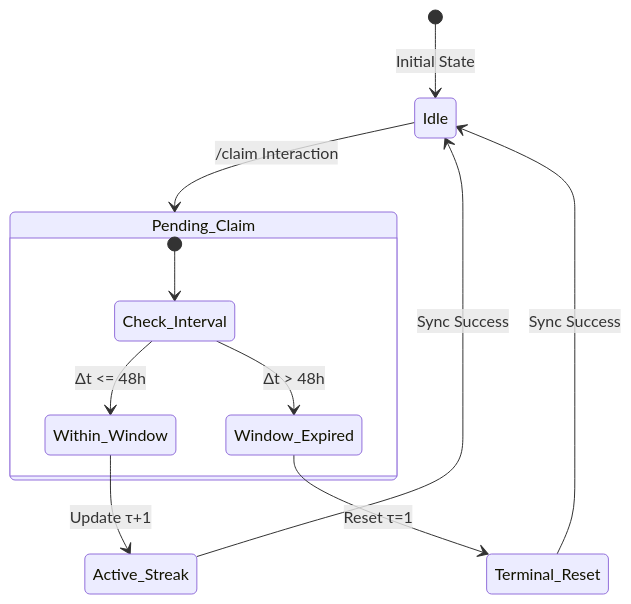
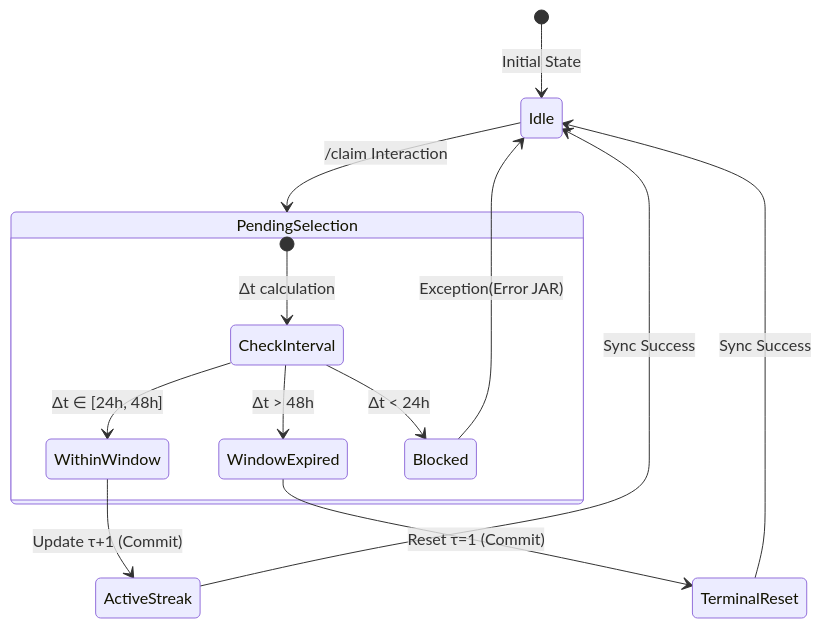
The third of 3 diagrams in README.md (CardSorting/dreambeesai-artbot), drawn with Mermaid before and after one commit. The commit also changed other lines of this file, not shown here.

````diff
--- a/README.md
+++ b/README.md
@@ -157,17 +161,19 @@
 ```mermaid
 stateDiagram-v2
     [*] --> Idle: Initial State
-    Idle --> Pending_Claim: /claim Interaction
+    Idle --> PendingSelection: /claim Interaction
     
-    state Pending_Claim {
-        [*] --> Check_Interval
-        Check_Interval --> Within_Window: Δt <= 48h
-        Check_Interval --> Window_Expired: Δt > 48h
+    state PendingSelection {
+        [*] --> CheckInterval: Δt calculation
+        CheckInterval --> WithinWindow: Δt ∈ [24h, 48h]
+        CheckInterval --> WindowExpired: Δt > 48h
+        CheckInterval --> Blocked: Δt < 24h
     }
 
-    Within_Window --> Active_Streak: Update τ+1
-    Window_Expired --> Terminal_Reset: Reset τ=1
+    WithinWindow --> ActiveStreak: Update τ+1 (Commit)
+    WindowExpired --> TerminalReset: Reset τ=1 (Commit)
+    Blocked --> Idle: Exception(Error JAR)
     
-    Active_Streak --> Idle: Sync Success
-    Terminal_Reset --> Idle: Sync Success
+    ActiveStreak --> Idle: Sync Success
+    TerminalReset --> Idle: Sync Success
 ```
````
